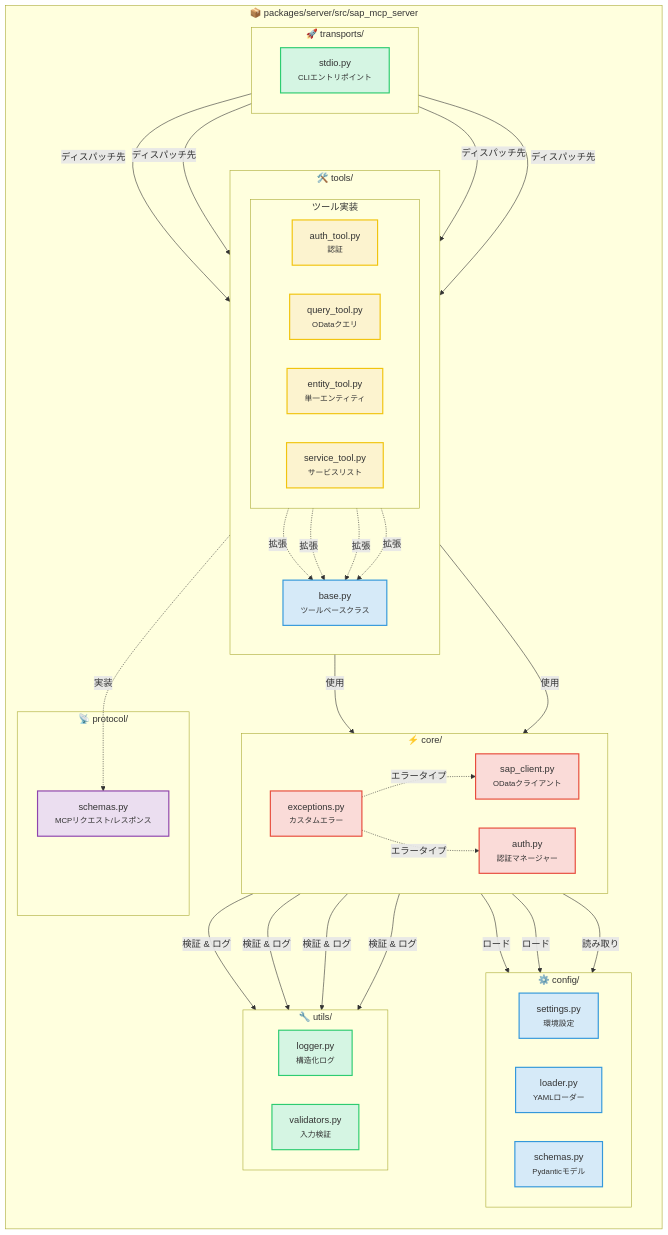
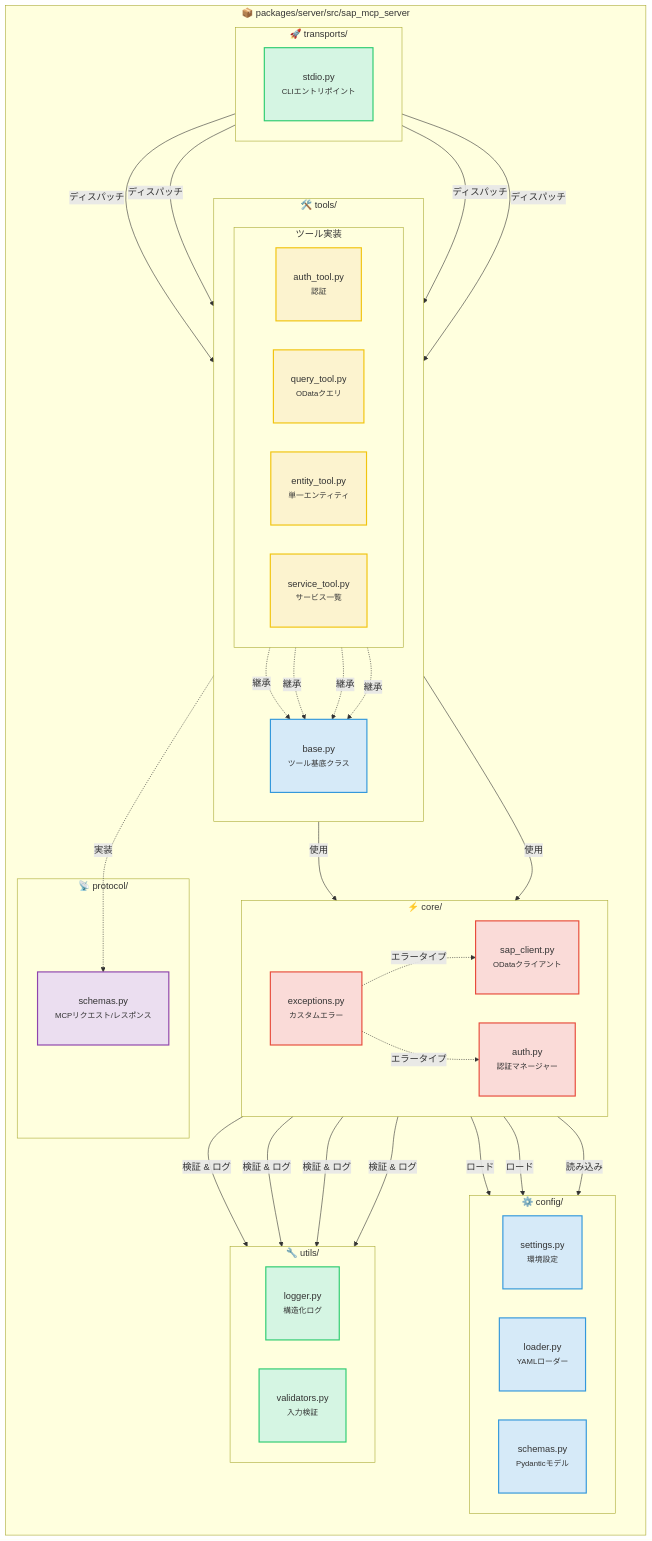
The second of 5 diagrams in README.ja.md (midasol/sap-mcp-server), drawn with Mermaid before and after one commit. The commit also changed other lines of this file and 2 other files, not shown here.

````diff
--- a/README.ja.md
+++ b/README.ja.md
@@ -107,74 +115,74 @@
 ```mermaid
 graph TB
     subgraph pkg["📦 packages/server/src/sap_mcp_server"]
         direction TB
 
         subgraph trans["🚀 transports/"]
             direction LR
             T1["stdio.py<br/><small>CLIエントリポイント</small>"]
         end
 
         subgraph tools["🛠️ tools/"]
             direction TB
-            TO5["base.py<br/><small>ツールベースクラス</small>"]
+            TO5["base.py<br/><small>ツール基底クラス</small>"]
 
             subgraph toolImpl["ツール実装"]
                 direction LR
                 TO1["auth_tool.py<br/><small>認証</small>"]
                 TO2["query_tool.py<br/><small>ODataクエリ</small>"]
                 TO3["entity_tool.py<br/><small>単一エンティティ</small>"]
-                TO4["service_tool.py<br/><small>サービスリスト</small>"]
+                TO4["service_tool.py<br/><small>サービス一覧</small>"]
             end
         end
 
         subgraph core["⚡ core/"]
             direction LR
             C1["sap_client.py<br/><small>ODataクライアント</small>"]
             C2["auth.py<br/><small>認証マネージャー</small>"]
             C3["exceptions.py<br/><small>カスタムエラー</small>"]
         end
 
         subgraph config["⚙️ config/"]
             direction LR
             CF1["settings.py<br/><small>環境設定</small>"]
             CF2["loader.py<br/><small>YAMLローダー</small>"]
             CF3["schemas.py<br/><small>Pydanticモデル</small>"]
         end
 
         subgraph utils["🔧 utils/"]
             direction LR
             U1["logger.py<br/><small>構造化ログ</small>"]
             U2["validators.py<br/><small>入力検証</small>"]
         end
 
         subgraph protocol["📡 protocol/"]
             P1["schemas.py<br/><small>MCPリクエスト/レスポンス</small>"]
         end
     end
 
-    T1 -->|ディスパッチ先| TO1 & TO2 & TO3 & TO4
-    TO1 & TO2 & TO3 & TO4 -.->|拡張| TO5
+    T1 -->|ディスパッチ| TO1 & TO2 & TO3 & TO4
+    TO1 & TO2 & TO3 & TO4 -.->|継承| TO5
     TO5 -->|使用| C1 & C2
     C1 -->|ロード| CF1 & CF2
-    C2 -->|読み取り| CF1
+    C2 -->|読み込み| CF1
     C1 & C2 -->|検証 & ログ| U1 & U2
     TO5 -.->|実装| P1
     C3 -.->|エラータイプ| C1 & C2
 
-    classDef transportNode fill:#D5F5E3,stroke:#2ECC71,stroke-width:2px
+    classDef transportNode fill:#D5F5E3,stroke:#2ECC71,stroke-width:2px,padding:18px
     classDef futureNode fill:#E8E8E8,stroke:#999999,stroke-width:2px,stroke-dasharray:5 5
-    classDef toolNode fill:#FCF3CF,stroke:#F1C40F,stroke-width:2px
-    classDef baseNode fill:#D6EAF8,stroke:#3498DB,stroke-width:2px
-    classDef coreNode fill:#FADBD8,stroke:#E74C3C,stroke-width:2px
-    classDef configNode fill:#D6EAF8,stroke:#3498DB,stroke-width:2px
-    classDef utilNode fill:#D5F5E3,stroke:#2ECC71,stroke-width:2px
-    classDef protocolNode fill:#EBDEF0,stroke:#8E44AD,stroke-width:2px
+    classDef toolNode fill:#FCF3CF,stroke:#F1C40F,stroke-width:2px,padding:18px
+    classDef baseNode fill:#D6EAF8,stroke:#3498DB,stroke-width:2px,padding:18px
+    classDef coreNode fill:#FADBD8,stroke:#E74C3C,stroke-width:2px,padding:18px
+    classDef configNode fill:#D6EAF8,stroke:#3498DB,stroke-width:2px,padding:18px
+    classDef utilNode fill:#D5F5E3,stroke:#2ECC71,stroke-width:2px,padding:18px
+    classDef protocolNode fill:#EBDEF0,stroke:#8E44AD,stroke-width:2px,padding:18px
 
     class T1 transportNode
     class TO1,TO2,TO3,TO4 toolNode
     class TO5 baseNode
     class C1,C2,C3 coreNode
     class CF1,CF2,CF3 configNode
     class U1,U2 utilNode
     class P1 protocolNode
 ```
````
